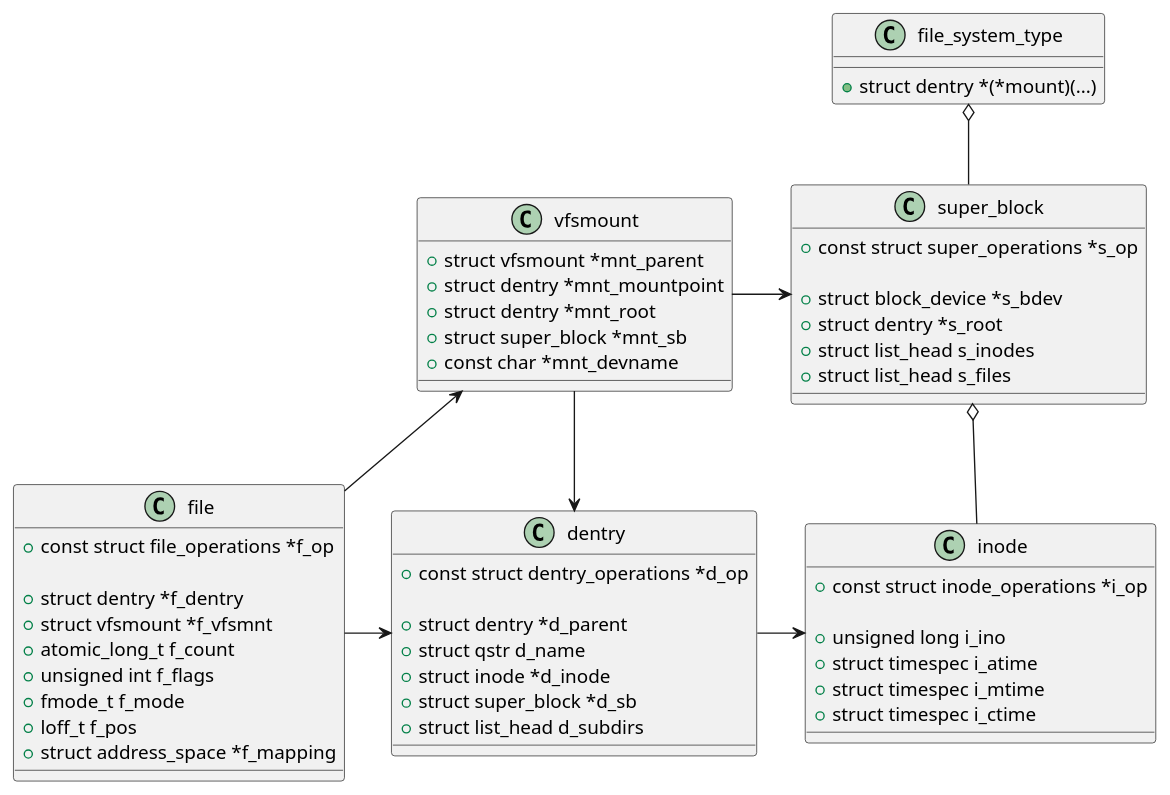
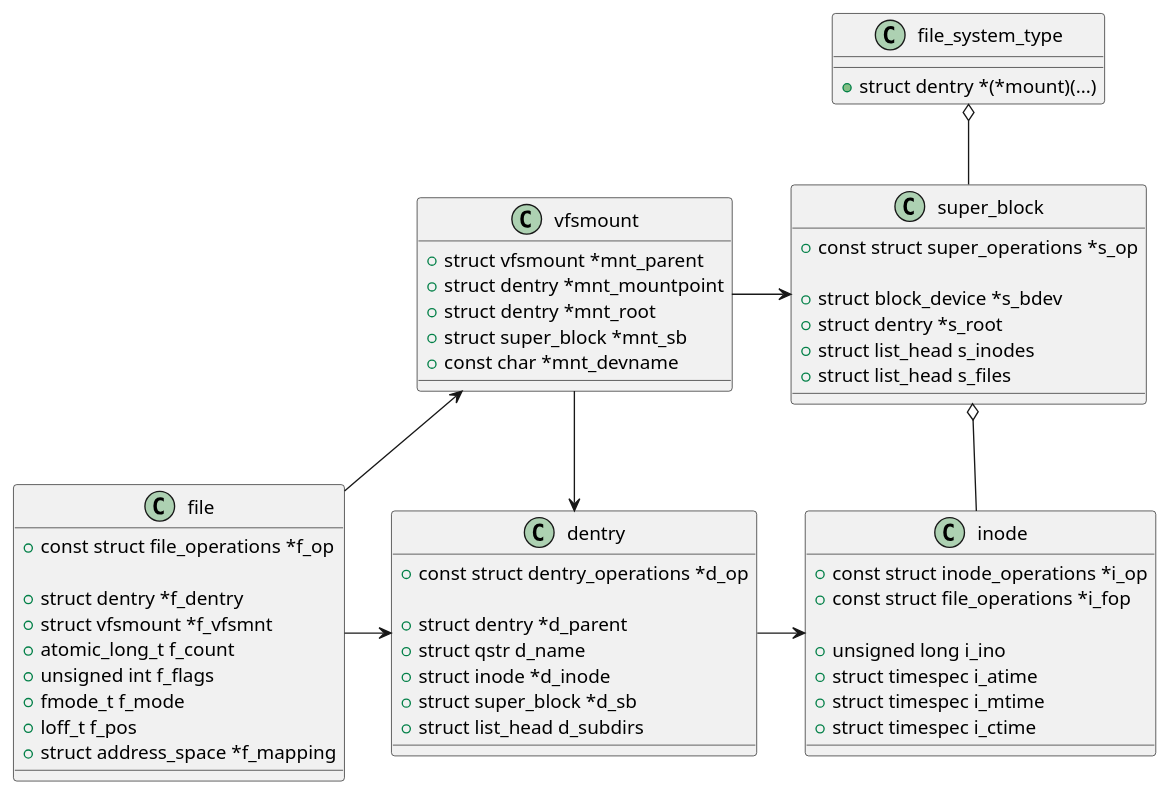
One commit to ruleless/ORG changed the diagram in operating-system/linux-kernel/VFS/VFS关键对象.puml. Above: the diagram before and after it, drawn with PlantUML.

Commit message:
优化

```diff
--- a/operating-system/linux-kernel/VFS/VFS关键对象.puml
+++ b/operating-system/linux-kernel/VFS/VFS关键对象.puml
@@ -1,66 +1,67 @@
 @startuml VFS关键对象
 
 class file_system_type {
     +struct dentry *(*mount)(...)
 }
 
 class super_block {
     +const struct super_operations *s_op
 
     +struct block_device *s_bdev
     +struct dentry *s_root
     +struct list_head s_inodes
     +struct list_head s_files
 }
 
 class inode {
     +const struct inode_operations *i_op
+    +const struct file_operations *i_fop
 
     +unsigned long i_ino
     +struct timespec i_atime
     +struct timespec i_mtime
     +struct timespec i_ctime
 }
 
 class dentry {
     +const struct dentry_operations *d_op
 
     +struct dentry *d_parent
     +struct qstr d_name
     +struct inode *d_inode
     +struct super_block *d_sb
     +struct list_head d_subdirs
 }
 
 class vfsmount {
     +struct vfsmount *mnt_parent
     +struct dentry *mnt_mountpoint
     +struct dentry *mnt_root
     +struct super_block *mnt_sb
     +const char *mnt_devname
 }
 
 class file {
     +const struct file_operations *f_op
 
     +struct dentry *f_dentry
     +struct vfsmount *f_vfsmnt
     +atomic_long_t f_count
     +unsigned int f_flags
     +fmode_t f_mode
     +loff_t f_pos
     +struct address_space *f_mapping
 }
 
 file_system_type o-down- super_block
 super_block o-down- inode
 
 vfsmount -right-> super_block
 vfsmount -down-> dentry
 
 dentry -right-> inode
 
 file -right-> dentry
 file -up-> vfsmount
 
 @enduml
```
